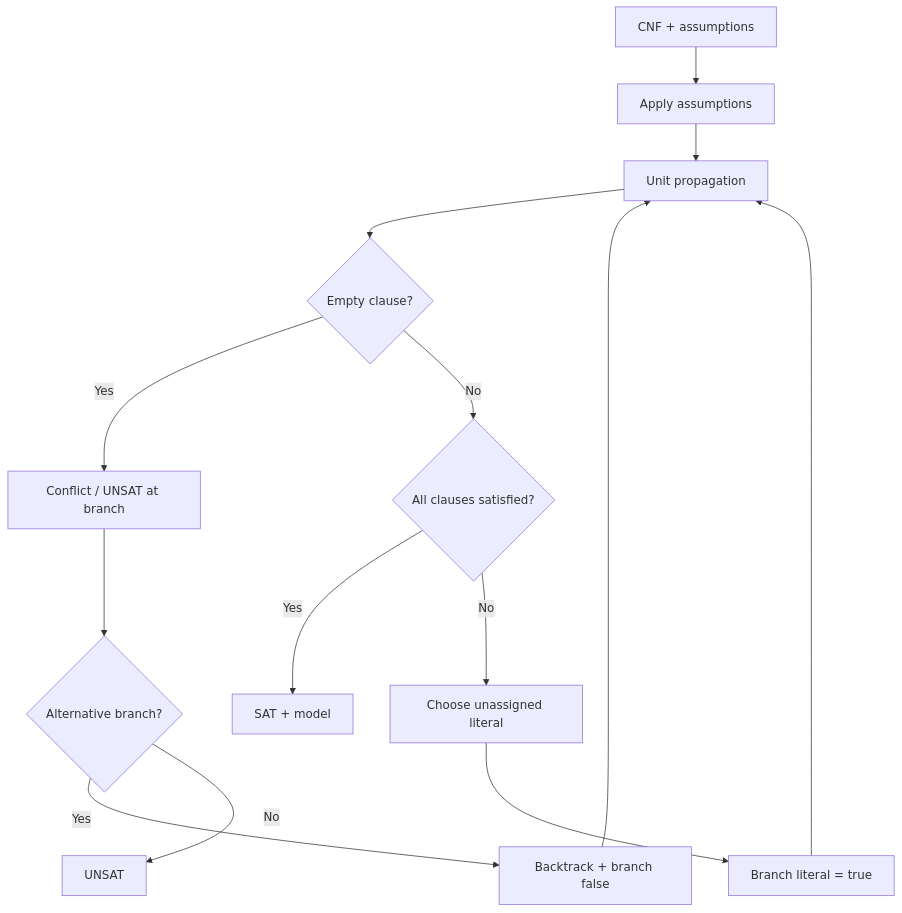
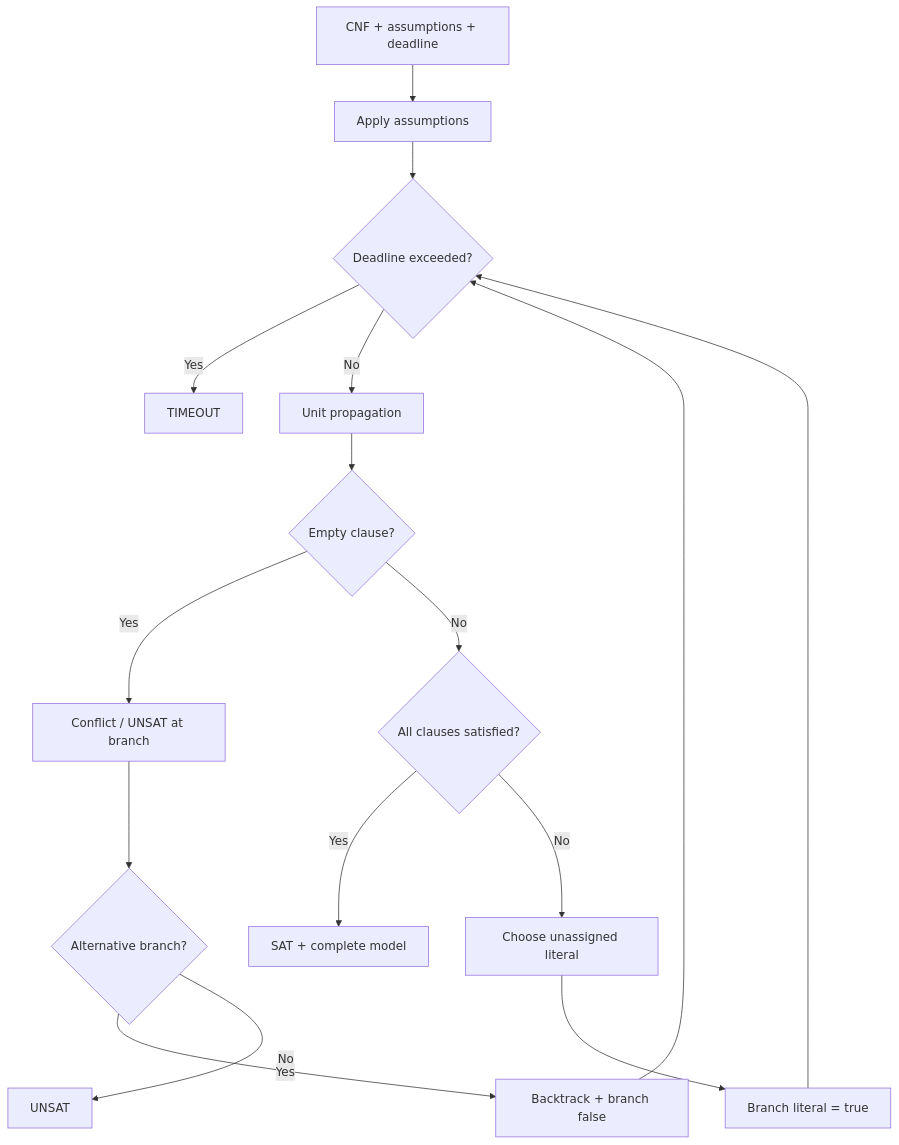
Before and after one commit to vannguyn/Griductive-Solver: the ninth of 18 diagrams in Workflow.md, drawn with Mermaid. The commit also changed other lines of this file, not shown here.

Commit message:
docs(workflow): replace HTTP API with GameSession/PyQt6 flow and sync contracts

````diff
--- a/Workflow.md
+++ b/Workflow.md
@@ -408,16 +422,18 @@
 ```mermaid
 flowchart TD
-    A[CNF + assumptions] --> B[Apply assumptions]
-    B --> C[Unit propagation]
-    C --> D{Empty clause?}
-    D -- Yes --> E[Conflict / UNSAT at branch]
-    D -- No --> F{All clauses satisfied?}
-    F -- Yes --> G[SAT + model]
-    F -- No --> H[Choose unassigned literal]
-    H --> I[Branch literal = true]
-    I --> C
-    E --> J{Alternative branch?}
-    J -- Yes --> K[Backtrack + branch false]
-    K --> C
-    J -- No --> L[UNSAT]
+    A[CNF + assumptions + deadline] --> B[Apply assumptions]
+    B --> C{Deadline exceeded?}
+    C -- Yes --> T[TIMEOUT]
+    C -- No --> D[Unit propagation]
+    D --> E{Empty clause?}
+    E -- Yes --> F[Conflict / UNSAT at branch]
+    E -- No --> G{All clauses satisfied?}
+    G -- Yes --> H[SAT + complete model]
+    G -- No --> I[Choose unassigned literal]
+    I --> J[Branch literal = true]
+    J --> C
+    F --> K{Alternative branch?}
+    K -- Yes --> L[Backtrack + branch false]
+    L --> C
+    K -- No --> M[UNSAT]
 ```
````
